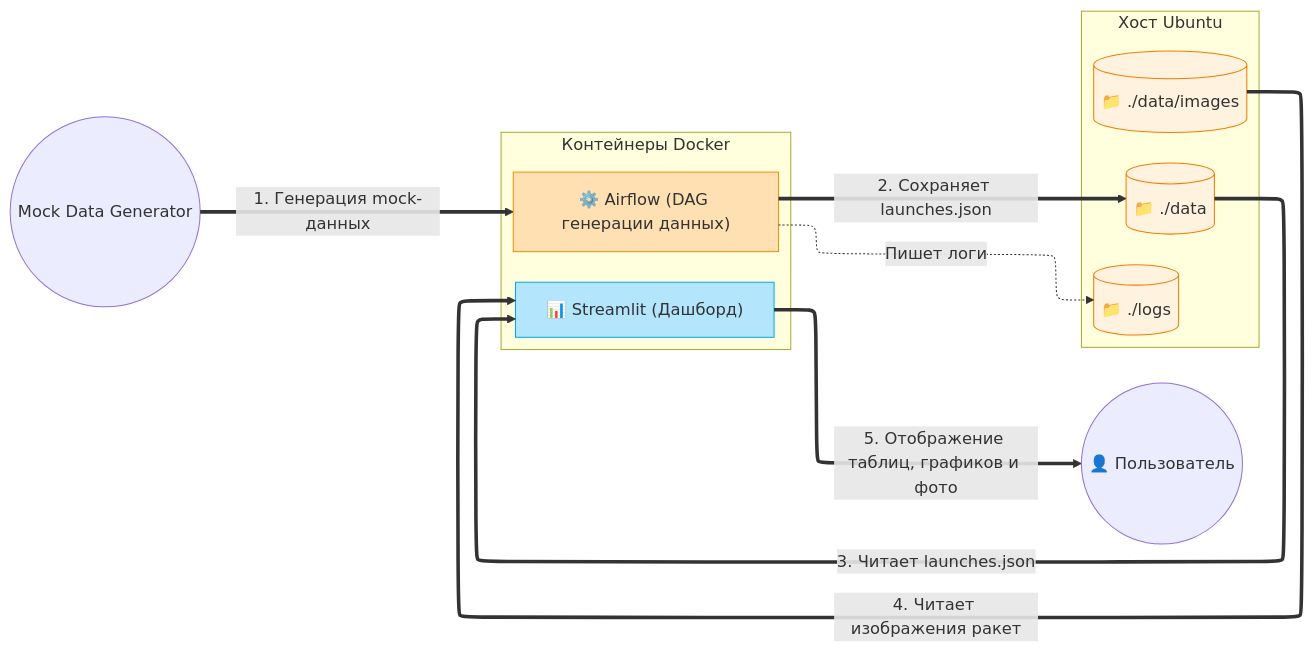
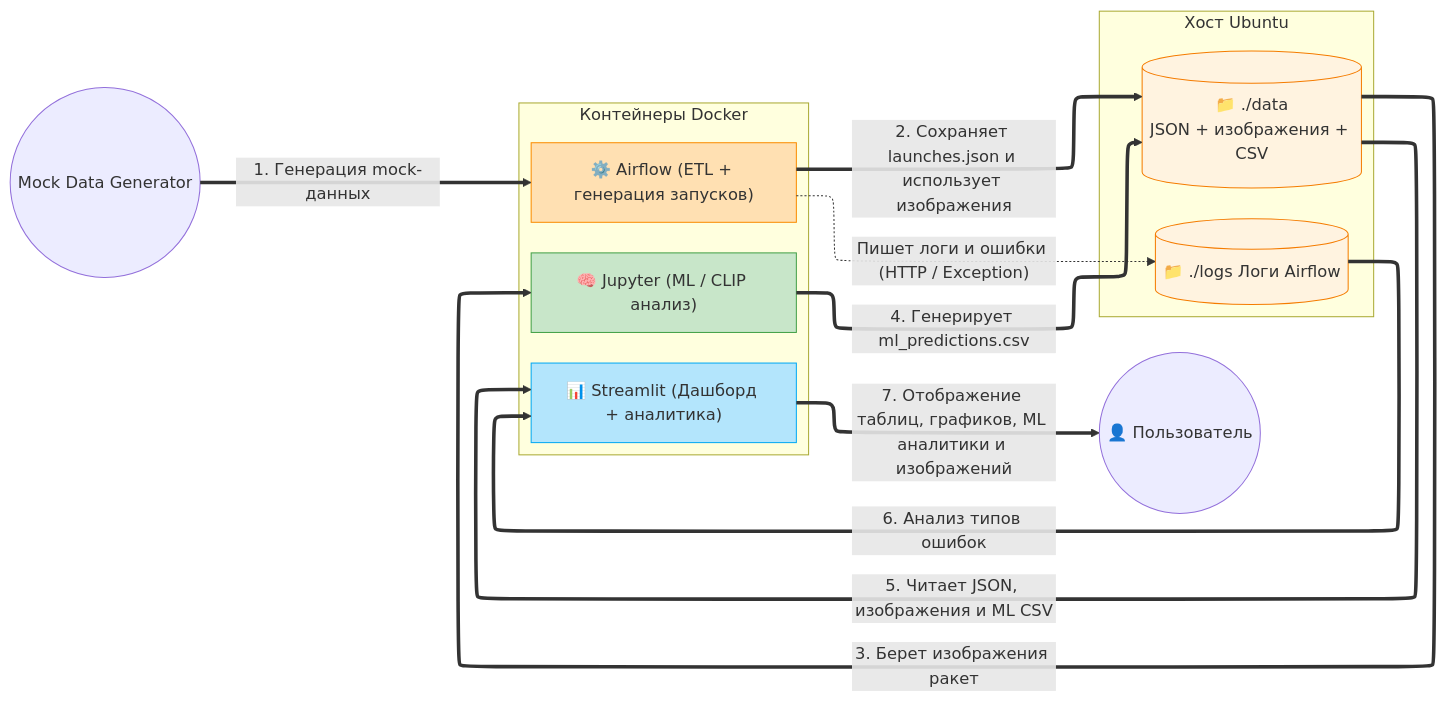
The diagram in lab_5_2/lab5_2.md (SvetlanaSel/Workshop-on-ETL), drawn with Mermaid before and after one commit.

````diff
--- a/lab_5_2/lab5_2.md
+++ b/lab_5_2/lab5_2.md
@@ -17,34 +17,38 @@
 ```mermaid
 ---
 config:
   layout: elk
 ---
 flowchart LR
     API((Mock Data Generator))
 
     subgraph Docker Containers[Контейнеры Docker]
-        Airflow["⚙️ Airflow (DAG генерации данных)"]
-        Streamlit["📊 Streamlit (Дашборд)"]
+        Airflow["⚙️ Airflow (ETL + генерация запусков)"]
+        Jupyter["🧠 Jupyter (ML / CLIP анализ)"]
+        Streamlit["📊 Streamlit (Дашборд + аналитика)"]
     end
 
     subgraph Ubuntu Host[Хост Ubuntu]
-        Data[(📁 ./data)]
-        Images[(📁 ./data/images)]
-        Logs[(📁 ./logs)]
+        Data[(📁 ./data<br/>JSON + изображения + CSV)]
+        Logs[(📁 ./logs Логи Airflow)]
     end
 
     API == "1. Генерация mock-данных" ==> Airflow
-    Airflow == "2. Сохраняет launches.json" ==> Data
-    Airflow -. "Пишет логи" .-> Logs
 
-    Data == "3. Читает launches.json" ==> Streamlit
-    Images == "4. Читает изображения ракет" ==> Streamlit
+    Airflow == "2. Сохраняет launches.json и использует изображения" ==> Data
+    Airflow -. "Пишет логи и ошибки (HTTP / Exception)" .-> Logs
 
-    Streamlit == "5. Отображение таблиц, графиков и фото" ==> User((👤 Пользователь))
+    Data == "3. Берет изображения ракет" ==> Jupyter
+    Jupyter == "4. Генерирует ml_predictions.csv" ==> Data
+
+    Data == "5. Читает JSON, изображения и ML CSV" ==> Streamlit
+    Logs == "6. Анализ типов ошибок" ==> Streamlit
+
+    Streamlit == "7. Отображение таблиц, графиков, ML аналитики и изображений" ==> User((👤 Пользователь))
 
     style Data fill:#fff3e0,stroke:#f57c00
-    style Images fill:#fff3e0,stroke:#f57c00
     style Logs fill:#fff3e0,stroke:#f57c00
     style Airflow fill:#ffe0b2,stroke:#fb8c00
+    style Jupyter fill:#c8e6c9,stroke:#43a047
     style Streamlit fill:#b3e5fc,stroke:#03a9f4
 ```
````
